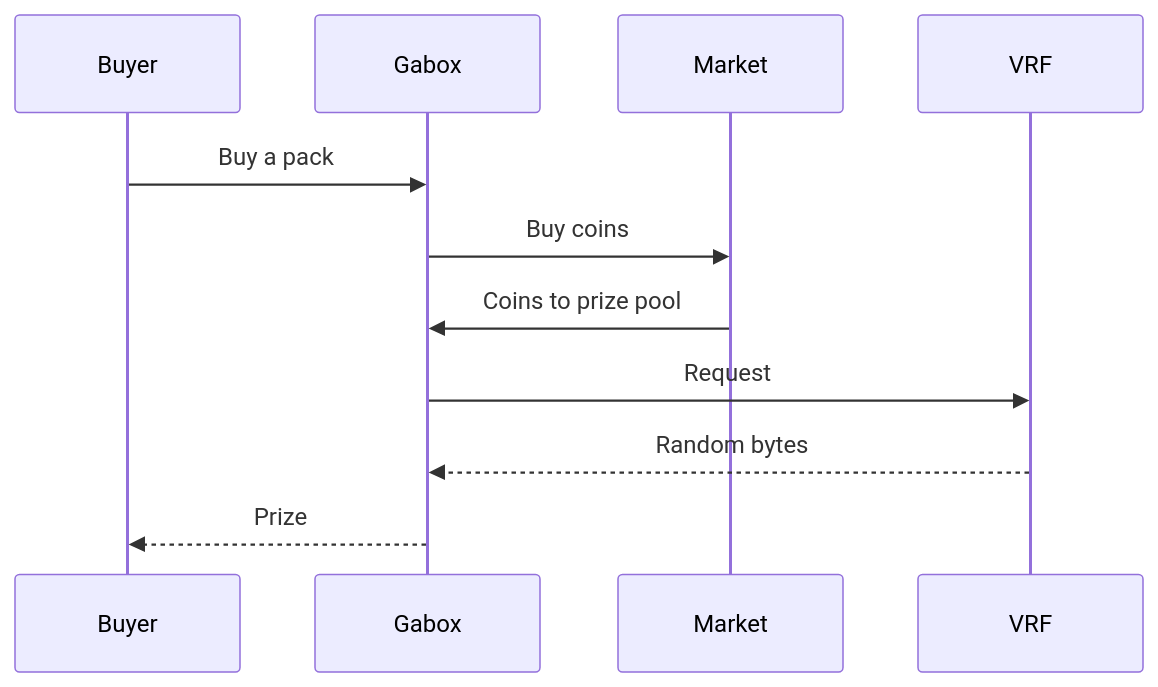
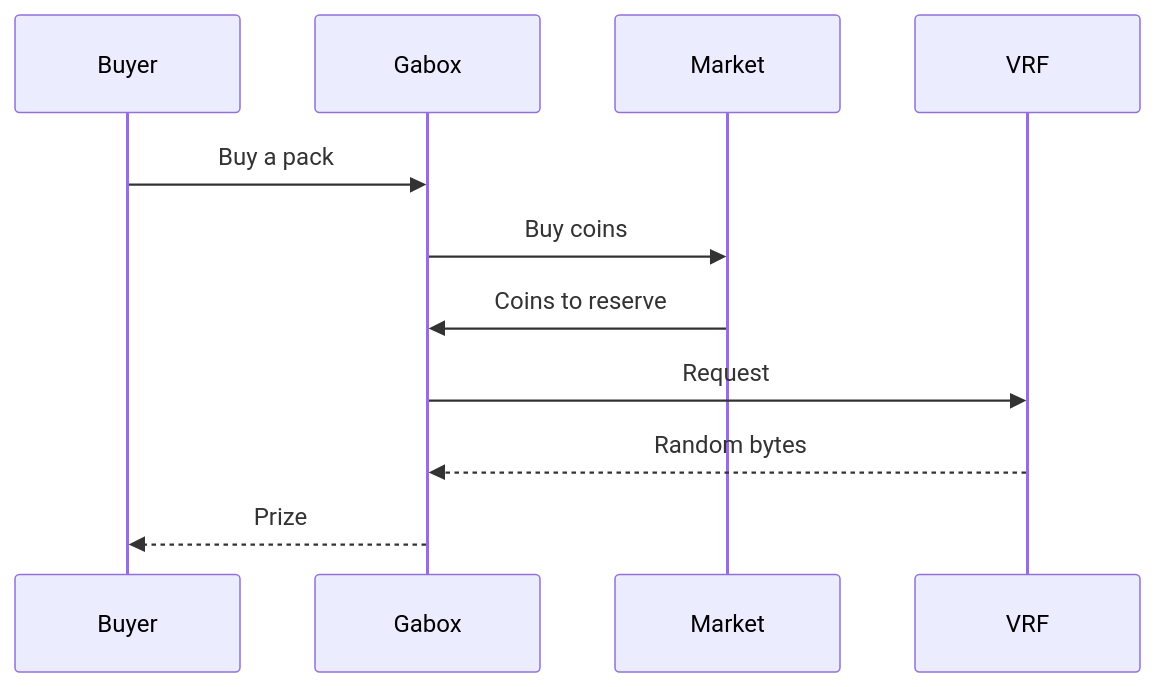
One commit to gabox-labs/docs changed the diagram in opening-a-pack.mdx. Above: the diagram before and after it, drawn with Mermaid. The commit also changed other lines of this file and 32 other files, not shown here.

````diff
--- a/opening-a-pack.mdx
+++ b/opening-a-pack.mdx
@@ -43,13 +40,13 @@
 ```mermaid
 sequenceDiagram
  participant B as Buyer
  participant G as Gabox
  participant M as Market
  participant V as VRF
  B->>G: Buy a pack
  G->>M: Buy coins
- M->>G: Coins to prize pool
+ M->>G: Coins to reserve
  G->>V: Request
  V-->>G: Random bytes
  G-->>B: Prize
 ```
````
